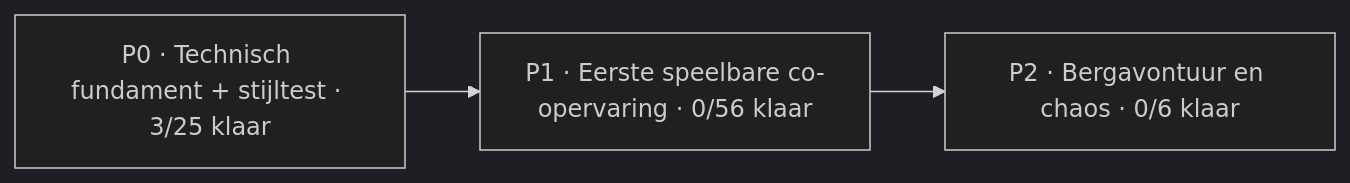
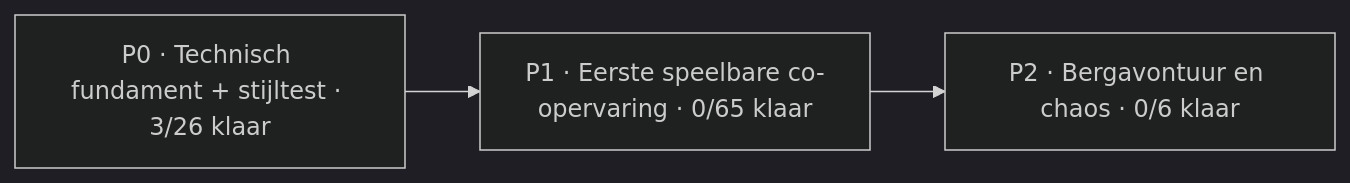
The diagram in Docs/PROJECT_BOARD.md (mlemson/conductor-chaos), drawn with Mermaid (dark theme) before and after one commit. The commit also changed other lines of this file, not shown here.

````diff
--- a/Docs/PROJECT_BOARD.md
+++ b/Docs/PROJECT_BOARD.md
@@ -13,7 +13,7 @@
 ```mermaid
 flowchart LR
-    P0["P0 · Technisch fundament + stijltest · 3/25 klaar"]
-    P1["P1 · Eerste speelbare co-opervaring · 0/56 klaar"]
+    P0["P0 · Technisch fundament + stijltest · 3/26 klaar"]
+    P1["P1 · Eerste speelbare co-opervaring · 0/65 klaar"]
     P2["P2 · Bergavontuur en chaos · 0/6 klaar"]
     P0 --> P1 --> P2
 ```
````
